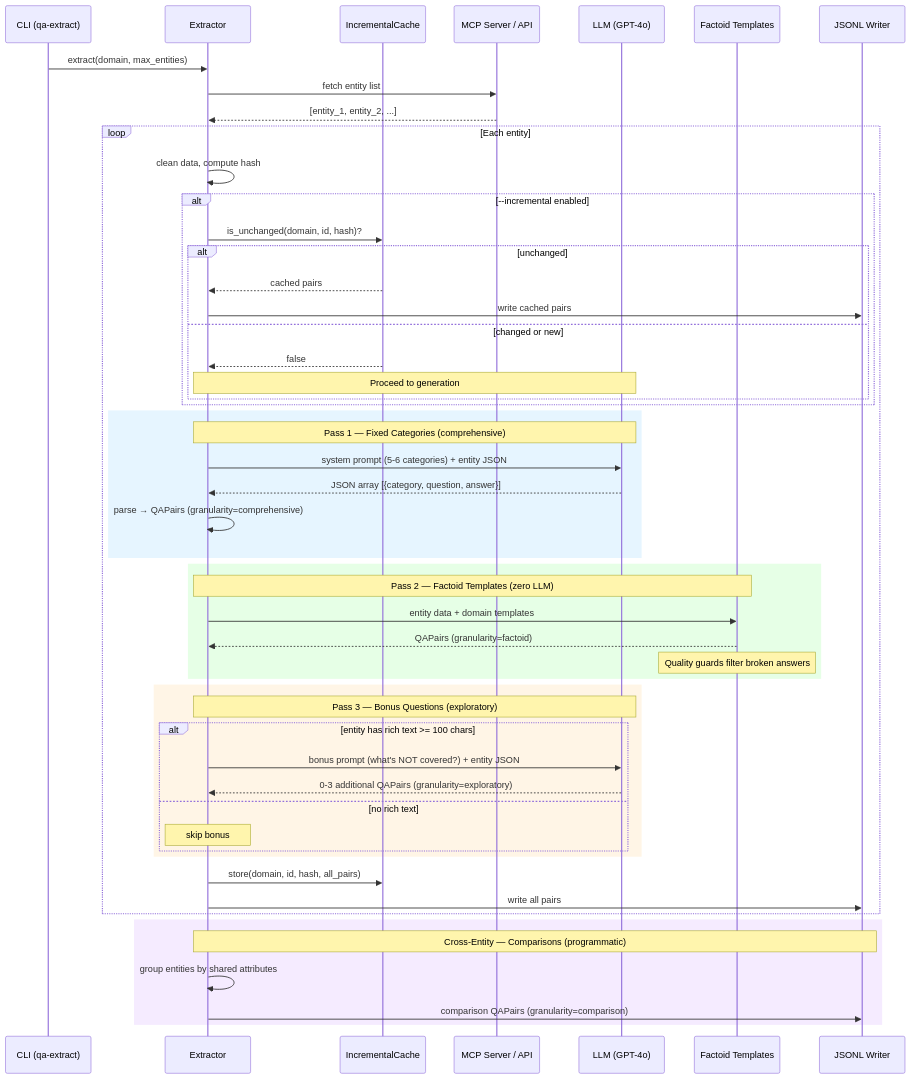
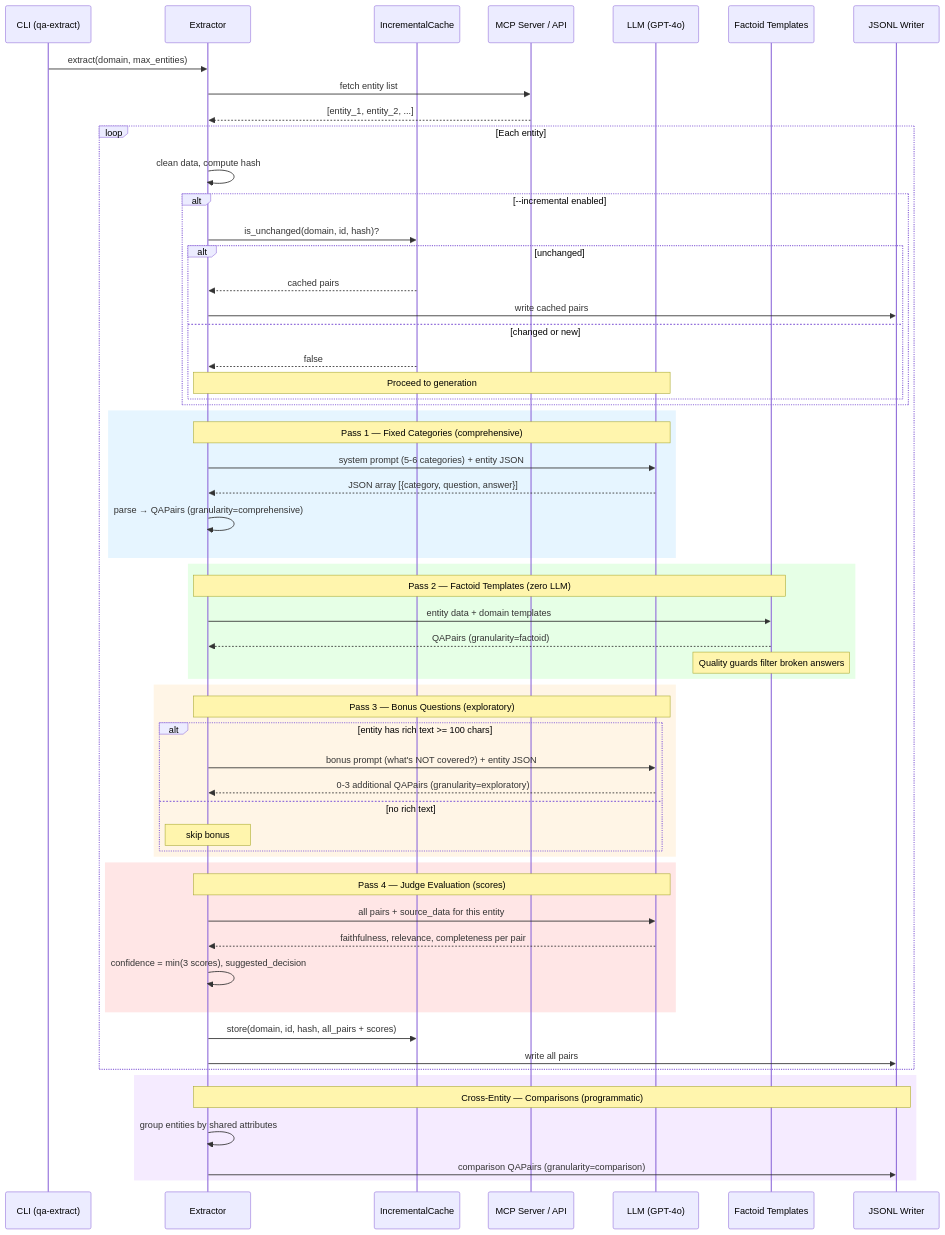
Before and after one commit to necyberteam/access-qa-extraction: the second of 2 diagrams in docs/system-overview-2026-02-17.md, drawn with Mermaid. The commit also changed other lines of this file and 13 other files, not shown here.

First line of the commit message:
feat(judge): LLM judge evaluation scores for Q&A pair quality

````diff
--- a/docs/system-overview-2026-02-17.md
+++ b/docs/system-overview-2026-02-17.md
@@ -74,62 +74,69 @@
 ```mermaid
 sequenceDiagram
     participant CLI as CLI (qa-extract)
     participant EXT as Extractor
     participant CACHE as IncrementalCache
     participant MCP as MCP Server / API
     participant LLM as LLM (GPT-4o)
     participant TMPL as Factoid Templates
     participant OUT as JSONL Writer
 
     CLI->>EXT: extract(domain, max_entities)
     EXT->>MCP: fetch entity list
     MCP-->>EXT: [entity_1, entity_2, ...]
 
     loop Each entity
         EXT->>EXT: clean data, compute hash
 
         alt --incremental enabled
             EXT->>CACHE: is_unchanged(domain, id, hash)?
             alt unchanged
                 CACHE-->>EXT: cached pairs
                 EXT->>OUT: write cached pairs
             else changed or new
                 CACHE-->>EXT: false
                 Note over EXT,LLM: Proceed to generation
             end
         end
 
         rect rgb(230, 245, 255)
             Note over EXT,LLM: Pass 1 — Fixed Categories (comprehensive)
             EXT->>LLM: system prompt (5-6 categories) + entity JSON
             LLM-->>EXT: JSON array [{category, question, answer}]
             EXT->>EXT: parse → QAPairs (granularity=comprehensive)
         end
 
         rect rgb(230, 255, 230)
             Note over EXT,TMPL: Pass 2 — Factoid Templates (zero LLM)
             EXT->>TMPL: entity data + domain templates
             TMPL-->>EXT: QAPairs (granularity=factoid)
             Note over TMPL: Quality guards filter broken answers
         end
 
         rect rgb(255, 245, 230)
             Note over EXT,LLM: Pass 3 — Bonus Questions (exploratory)
             alt entity has rich text >= 100 chars
                 EXT->>LLM: bonus prompt (what's NOT covered?) + entity JSON
                 LLM-->>EXT: 0-3 additional QAPairs (granularity=exploratory)
             else no rich text
                 Note over EXT: skip bonus
             end
         end
 
-        EXT->>CACHE: store(domain, id, hash, all_pairs)
+        rect rgb(255, 230, 230)
+            Note over EXT,LLM: Pass 4 — Judge Evaluation (scores)
+            EXT->>LLM: all pairs + source_data for this entity
+            LLM-->>EXT: faithfulness, relevance, completeness per pair
+            EXT->>EXT: confidence = min(3 scores), suggested_decision
+        end
+
+        EXT->>CACHE: store(domain, id, hash, all_pairs + scores)
         EXT->>OUT: write all pairs
     end
 
     rect rgb(245, 235, 255)
         Note over EXT,OUT: Cross-Entity — Comparisons (programmatic)
         EXT->>EXT: group entities by shared attributes
         EXT->>OUT: comparison QAPairs (granularity=comparison)
     end
 ```
````
